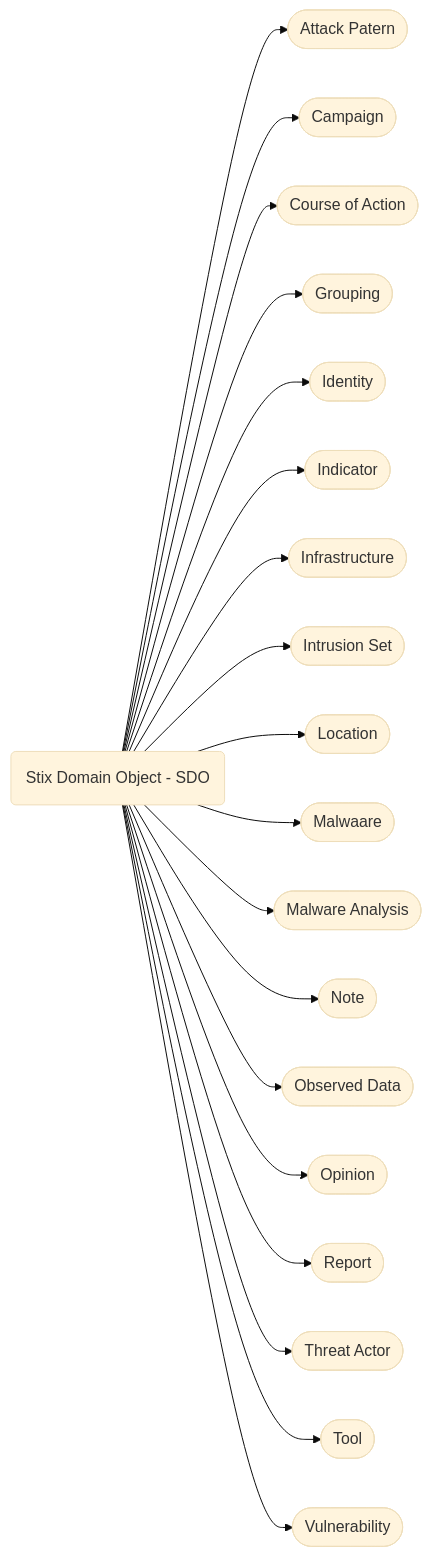
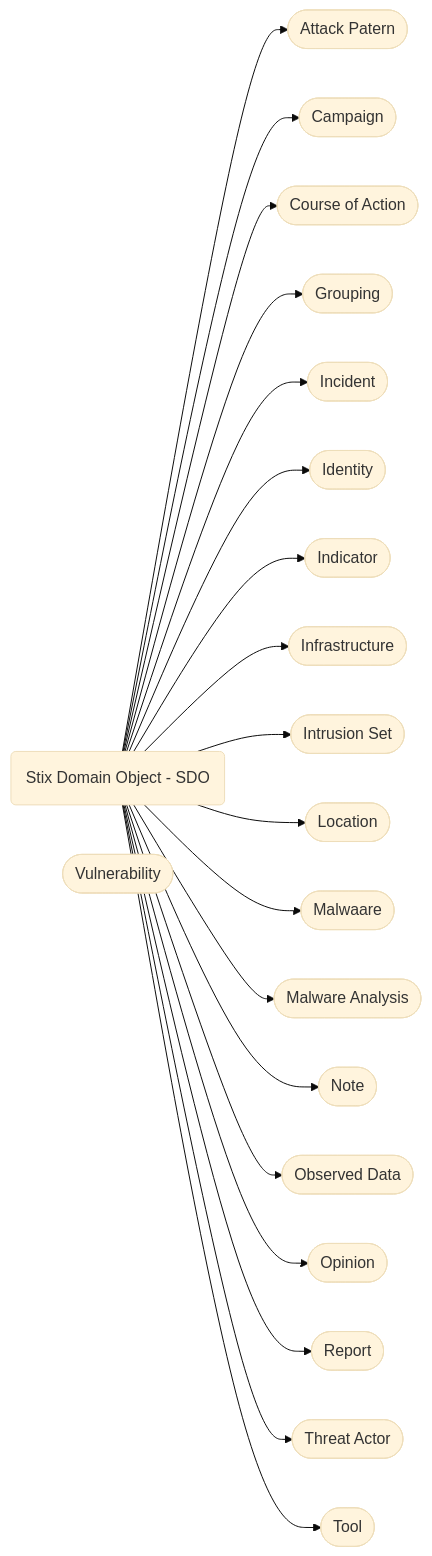
One commit to os-threat/Stix-ORM changed the first of 6 diagrams in docs/Stix Modelling - How it Works.md. Above: the diagram before and after it, drawn with Mermaid (base theme). The commit also changed other lines of this file and 1 other file, not shown here.

Commit message:
Changes to stix documentation - setup sdo and sco

````diff
--- a/docs/Stix Modelling - How it Works.md
+++ b/docs/Stix Modelling - How it Works.md
@@ -31,40 +31,60 @@
 ```mermaid
   flowchart LR
     id0(Stix Domain Object - SDO)
     id1([Attack Patern])
     id2([Campaign])
     id3([Course of Action])
     id4([Grouping])
-    id5([Identity])
-    id6([Indicator])
-    id7([Infrastructure])
-    id8([Intrusion Set])
-    id9([Location])
-    id10([Malwaare])
-    id11([Malware Analysis])
-    id12([Note])
-    id13([Observed Data])
-    id14([Opinion])
-    id15([Report])
-    id16([Threat Actor])
-    id17([Tool])
-    id18([Vulnerability])
+    id5([Incident])
+    id6([Identity])
+    id7([Indicator])
+    id8([Infrastructure])
+    id9([Intrusion Set])
+    id10([Location])
+    id11([Malwaare])
+    id12([Malware Analysis])
+    id13([Note])
+    id14([Observed Data])
+    id15([Opinion])
+    id16([Report])
+    id17([Threat Actor])
+    id18([Tool])
+    id19([Vulnerability])
+    click id1 "./sdo/Attack-Pattern.md" _blank
+    click id2 "./sdo/Campaign.md" _blank
+    click id3 "./sdo/Course-of-Action.md" _blank
+    click id4 "./sdo/Grouping.md" _blank
+    click id5 "./sdo/Identity.md" _blank
+    click id6 "./sdo/Incident.md" _blank
+    click id7 "./sdo/Indicator.md" _blank
+    click id8 "./sdo/Infrastructure.md" _blank
+    click id9 "./sdo/Intrusion-Set.md" _blank
+    click id10 "./sdo/Location.md" _blank
+    click id11 "./sdo/Malware.md" _blank
+    click id12 "./sdo/Malware-Analysis.md" _blank
+    click id13 "./sdo/Note.md" _blank
+    click id14 "./sdo/Observed-Data.md" _blank
+    click id15 "./sdo/Opinion.md" _blank
+    click id16 "./sdo/Report.md" _blank
+    click id17 "./sdo/Threat-Actor.md" _blank
+    click id18 "./sdo/Tool.md" _blank
+    click id18 "./sdo/Vulnerability.md" _blank
     id0-->id1
     id0-->id2
     id0-->id3
     id0-->id4
     id0-->id5
     id0-->id6
     id0-->id7
     id0-->id8
     id0-->id9
     id0-->id10
     id0-->id11
     id0-->id12
     id0-->id13
     id0-->id14
     id0-->id15
     id0-->id16
     id0-->id17
     id0-->id18
 ```
````
